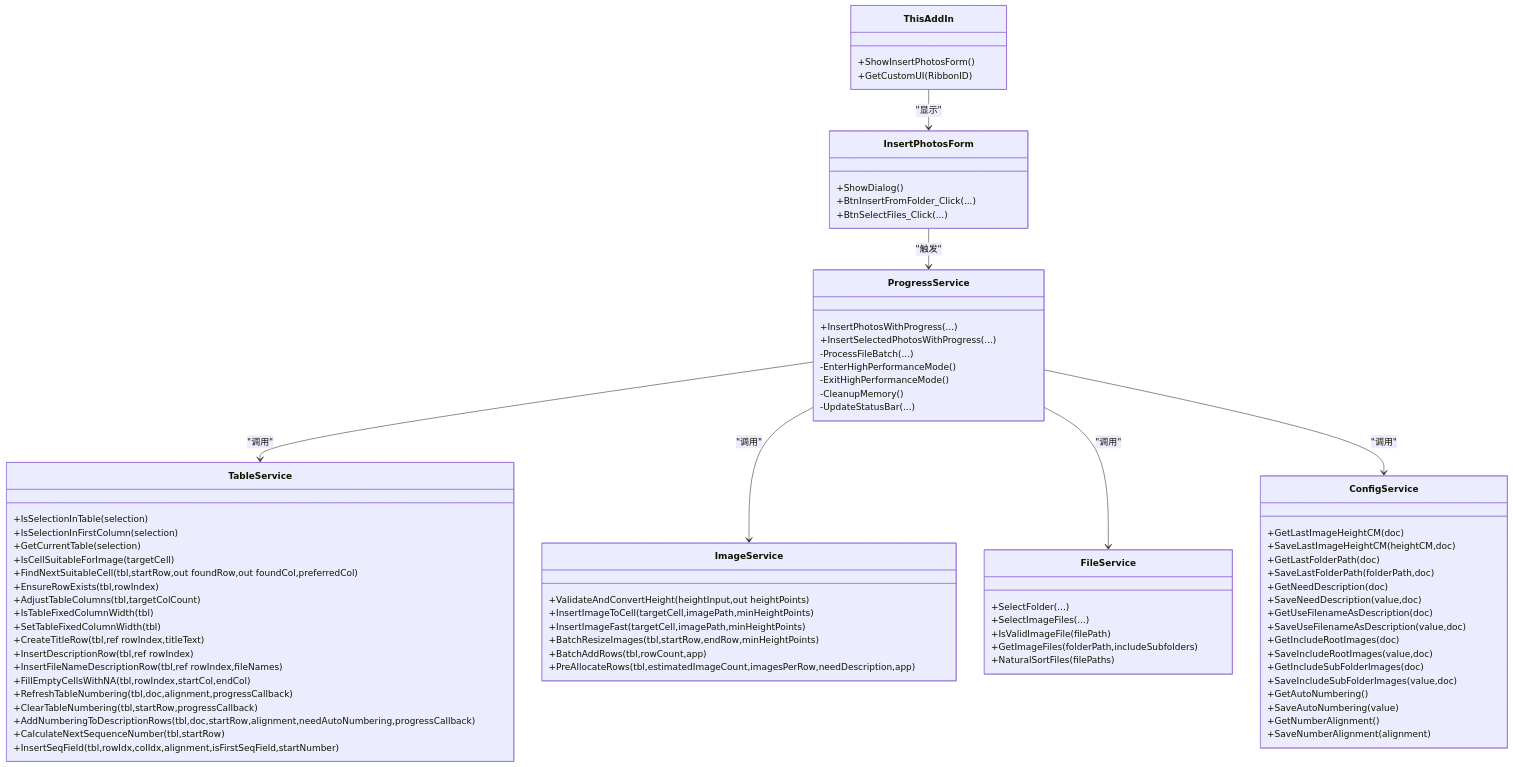
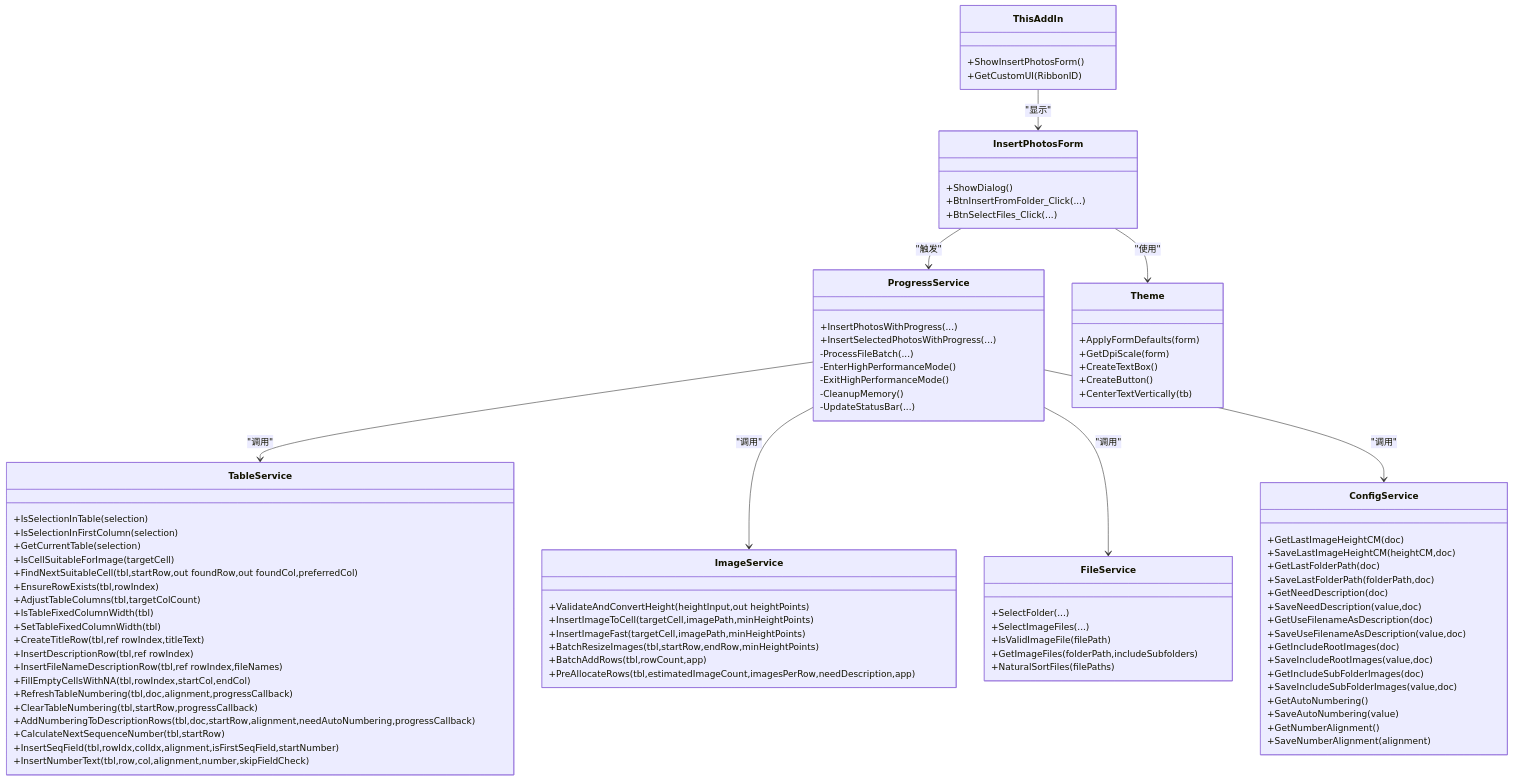
The sixth of 6 diagrams in .qoder/repowiki/zh/content/核心功能/表格处理服务.md (rainiva/WordTools), drawn with Mermaid before and after one commit. The commit also changed other lines of this file and 8 other files, not shown here.

Commit message:
perf: 大表格插图性能优化-清理编号与计算起始号瓶颈修复+诊断计时

````diff
--- a/.qoder/repowiki/zh/content/核心功能/表格处理服务.md
+++ b/.qoder/repowiki/zh/content/核心功能/表格处理服务.md
@@ -346,6 +366,7 @@
 +AddNumberingToDescriptionRows(tbl,doc,startRow,alignment,needAutoNumbering,progressCallback)
 +CalculateNextSequenceNumber(tbl,startRow)
 +InsertSeqField(tbl,rowIdx,colIdx,alignment,isFirstSeqField,startNumber)
++InsertNumberText(tbl,row,col,alignment,number,skipFieldCheck)
 }
 class ImageService {
 +ValidateAndConvertHeight(heightInput,out heightPoints)
@@ -394,6 +415,13 @@
 +BtnInsertFromFolder_Click(...)
 +BtnSelectFiles_Click(...)
 }
+class Theme {
++ApplyFormDefaults(form)
++GetDpiScale(form)
++CreateTextBox()
++CreateButton()
++CenterTextVertically(tb)
+}
 class ThisAddIn {
 +ShowInsertPhotosForm()
 +GetCustomUI(RibbonID)
@@ -403,5 +431,6 @@
 ProgressService --> FileService : "调用"
 ProgressService --> ConfigService : "调用"
 InsertPhotosForm --> ProgressService : "触发"
+InsertPhotosForm --> Theme : "使用"
 ThisAddIn --> InsertPhotosForm : "显示"
 ```
````
